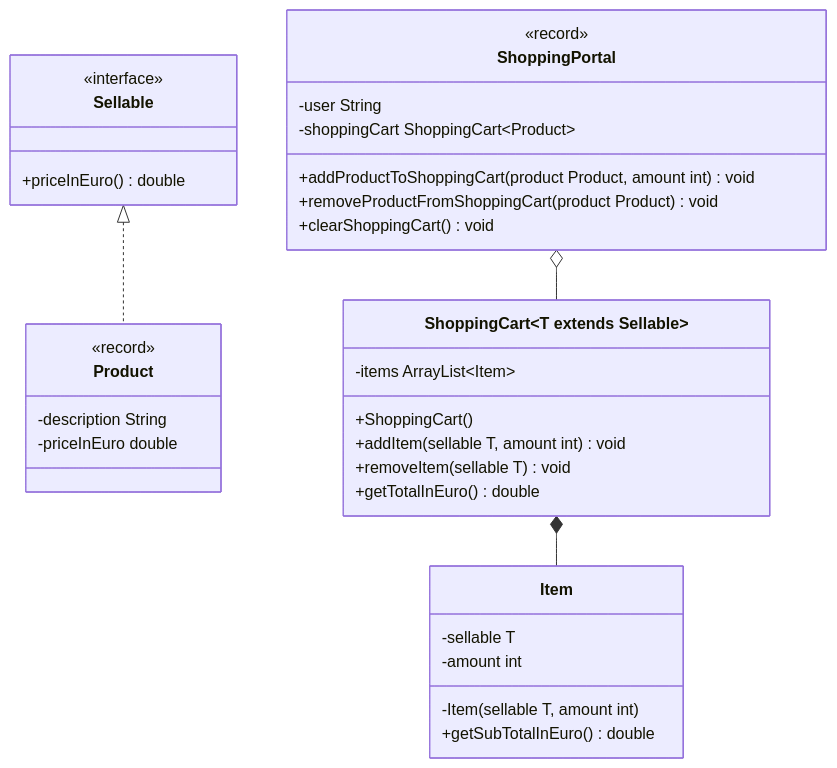
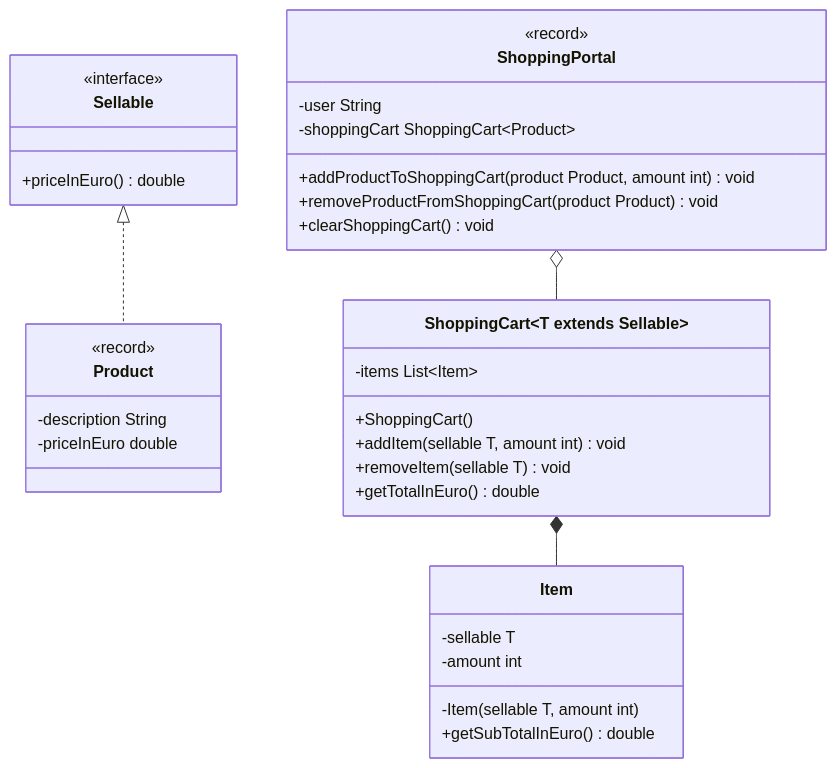
Before and after one commit to jappuccini/java-docs: the diagram in docs/exam-exercises/exam-exercises-java2/shopping-portal.md, drawn with Mermaid. The commit also changed 17 other files, not shown here.

Commit message:
update cheatsheets, mermaids and test-classes

````diff
--- a/docs/exam-exercises/exam-exercises-java2/shopping-portal.md
+++ b/docs/exam-exercises/exam-exercises-java2/shopping-portal.md
@@ -12,41 +12,41 @@
 ```mermaid
 classDiagram
     Sellable <|.. Product
     ShoppingPortal o-- ShoppingCart~T extends Sellable~
     ShoppingCart *-- Item
 
     class ShoppingCart~T extends Sellable~ {
-        -items ArrayList~Item~
+        -items List~Item~
         +ShoppingCart()
         +addItem(sellable T, amount int) void
         +removeItem(sellable T) void
         +getTotalInEuro() double
     }
 
     class Item {
         -sellable T
         -amount int
         -Item(sellable T, amount int)
         +getSubTotalInEuro() double
     }
 
     class Sellable {
         <<interface>>
         +priceInEuro() double
     }
 
     class Product {
         <<record>>
         -description String
         -priceInEuro double
     }
 
     class ShoppingPortal {
         <<record>>
         -user String
         -shoppingCart ShoppingCart~Product~
         +addProductToShoppingCart(product Product, amount int) void
         +removeProductFromShoppingCart(product Product) void
         +clearShoppingCart() void
     }
 ```
````
